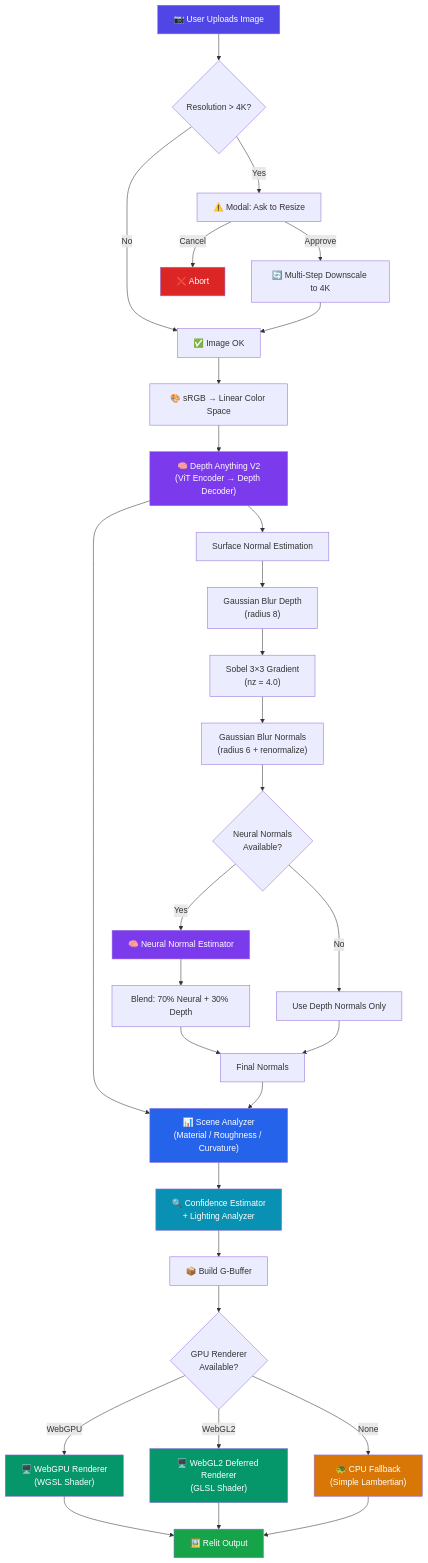
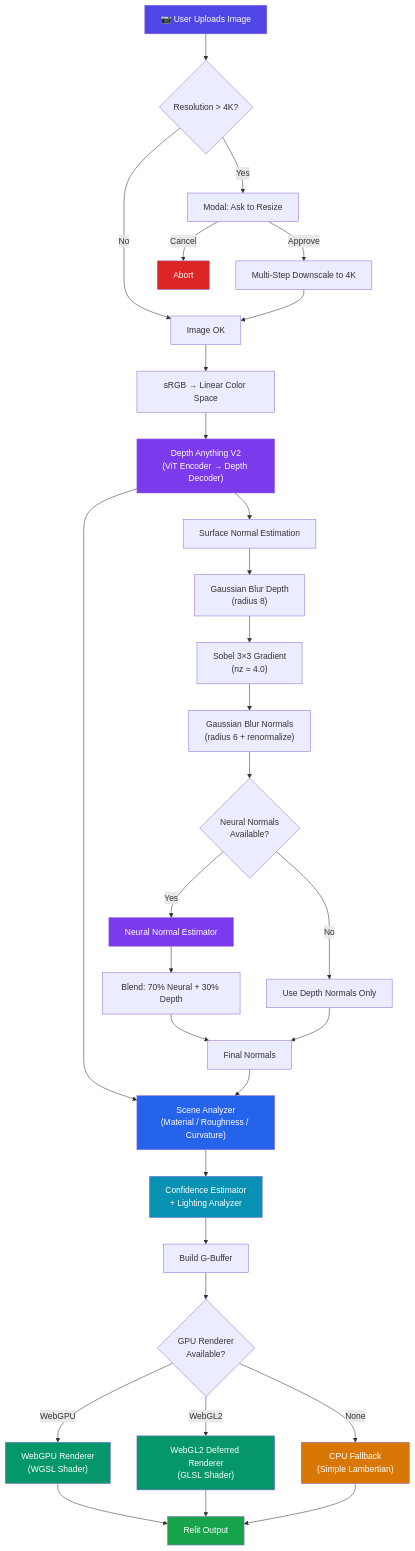
Before and after one commit to kunal0230/Orlume: the first of 5 diagrams in docs/HOW_IT_WORKS.md, drawn with Mermaid. The commit also changed other lines of this file, not shown here.

````diff
--- a/docs/HOW_IT_WORKS.md
+++ b/docs/HOW_IT_WORKS.md
@@ -37,49 +37,49 @@
 ```mermaid
 flowchart TD
     A["📷 User Uploads Image"] --> B{"Resolution > 4K?"}
-    B -->|Yes| C["⚠️ Modal: Ask to Resize"]
-    C -->|Approve| D["🔄 Multi-Step Downscale to 4K"]
-    C -->|Cancel| Z["❌ Abort"]
-    B -->|No| E["✅ Image OK"]
+    B -->|Yes| C[" Modal: Ask to Resize"]
+    C -->|Approve| D[" Multi-Step Downscale to 4K"]
+    C -->|Cancel| Z[" Abort"]
+    B -->|No| E[" Image OK"]
     D --> E
 
-    E --> F["🎨 sRGB → Linear Color Space"]
-    F --> G["🧠 Depth Anything V2\n(ViT Encoder → Depth Decoder)"]
+    E --> F[" sRGB → Linear Color Space"]
+    F --> G[" Depth Anything V2\n(ViT Encoder → Depth Decoder)"]
 
     G --> H["Surface Normal Estimation"]
     H --> H1["Gaussian Blur Depth\n(radius 8)"]
     H1 --> H2["Sobel 3×3 Gradient\n(nz = 4.0)"]
     H2 --> H3["Gaussian Blur Normals\n(radius 6 + renormalize)"]
     H3 --> H4{"Neural Normals\nAvailable?"}
-    H4 -->|Yes| H5["🧠 Neural Normal Estimator"]
+    H4 -->|Yes| H5[" Neural Normal Estimator"]
     H5 --> H6["Blend: 70% Neural + 30% Depth"]
     H4 -->|No| H7["Use Depth Normals Only"]
     H6 --> I["Final Normals"]
     H7 --> I
 
-    G --> J["📊 Scene Analyzer\n(Material / Roughness / Curvature)"]
+    G --> J[" Scene Analyzer\n(Material / Roughness / Curvature)"]
     I --> J
 
-    J --> K["🔍 Confidence Estimator\n+ Lighting Analyzer"]
-    K --> L["📦 Build G-Buffer"]
+    J --> K[" Confidence Estimator\n+ Lighting Analyzer"]
+    K --> L[" Build G-Buffer"]
 
     L --> M{"GPU Renderer\nAvailable?"}
-    M -->|"WebGPU"| N1["🖥️ WebGPU Renderer\n(WGSL Shader)"]
-    M -->|"WebGL2"| N2["🖥️ WebGL2 Deferred Renderer\n(GLSL Shader)"]
-    M -->|"None"| N3["🐢 CPU Fallback\n(Simple Lambertian)"]
+    M -->|"WebGPU"| N1[" WebGPU Renderer\n(WGSL Shader)"]
+    M -->|"WebGL2"| N2[" WebGL2 Deferred Renderer\n(GLSL Shader)"]
+    M -->|"None"| N3[" CPU Fallback\n(Simple Lambertian)"]
 
-    N1 --> O["🖼️ Relit Output"]
+    N1 --> O[" Relit Output"]
     N2 --> O
     N3 --> O
 
     style A fill:#4F46E5,color:#fff
     style G fill:#7C3AED,color:#fff
     style H5 fill:#7C3AED,color:#fff
     style J fill:#2563EB,color:#fff
     style K fill:#0891B2,color:#fff
     style N1 fill:#059669,color:#fff
     style N2 fill:#059669,color:#fff
     style N3 fill:#D97706,color:#fff
     style O fill:#16A34A,color:#fff
     style Z fill:#DC2626,color:#fff
 ```
````
